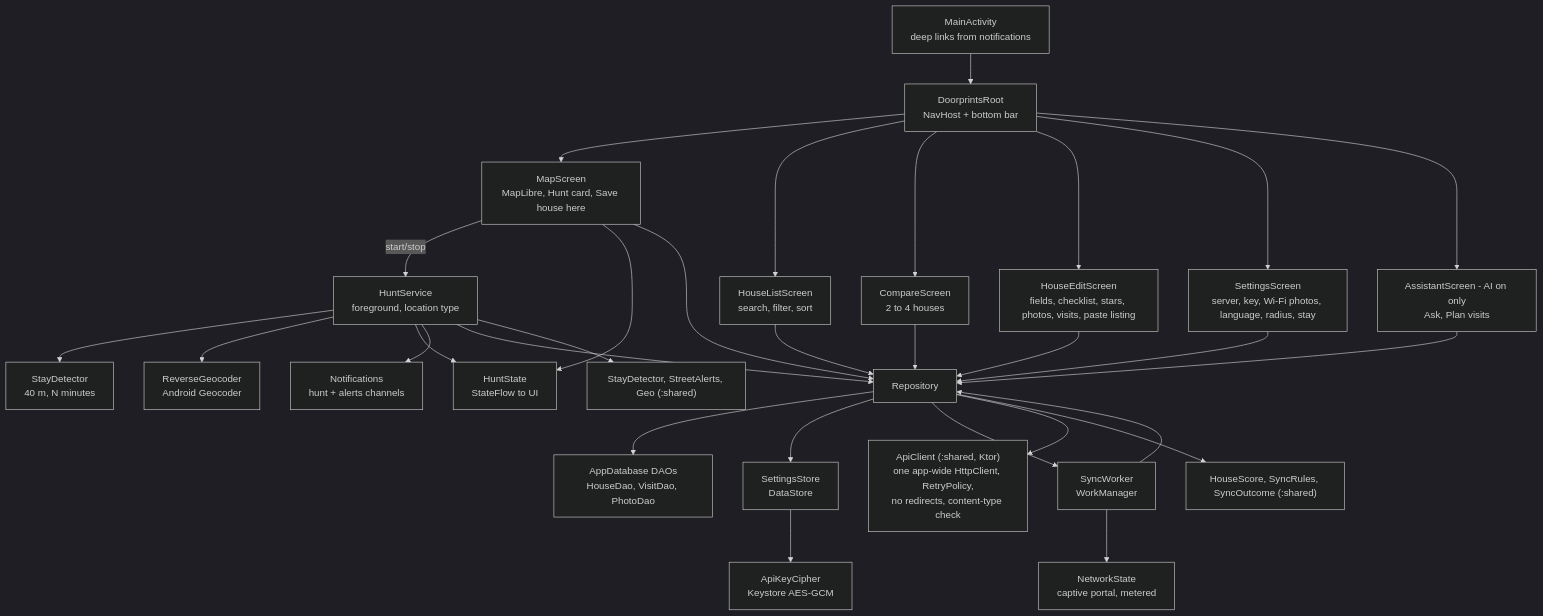
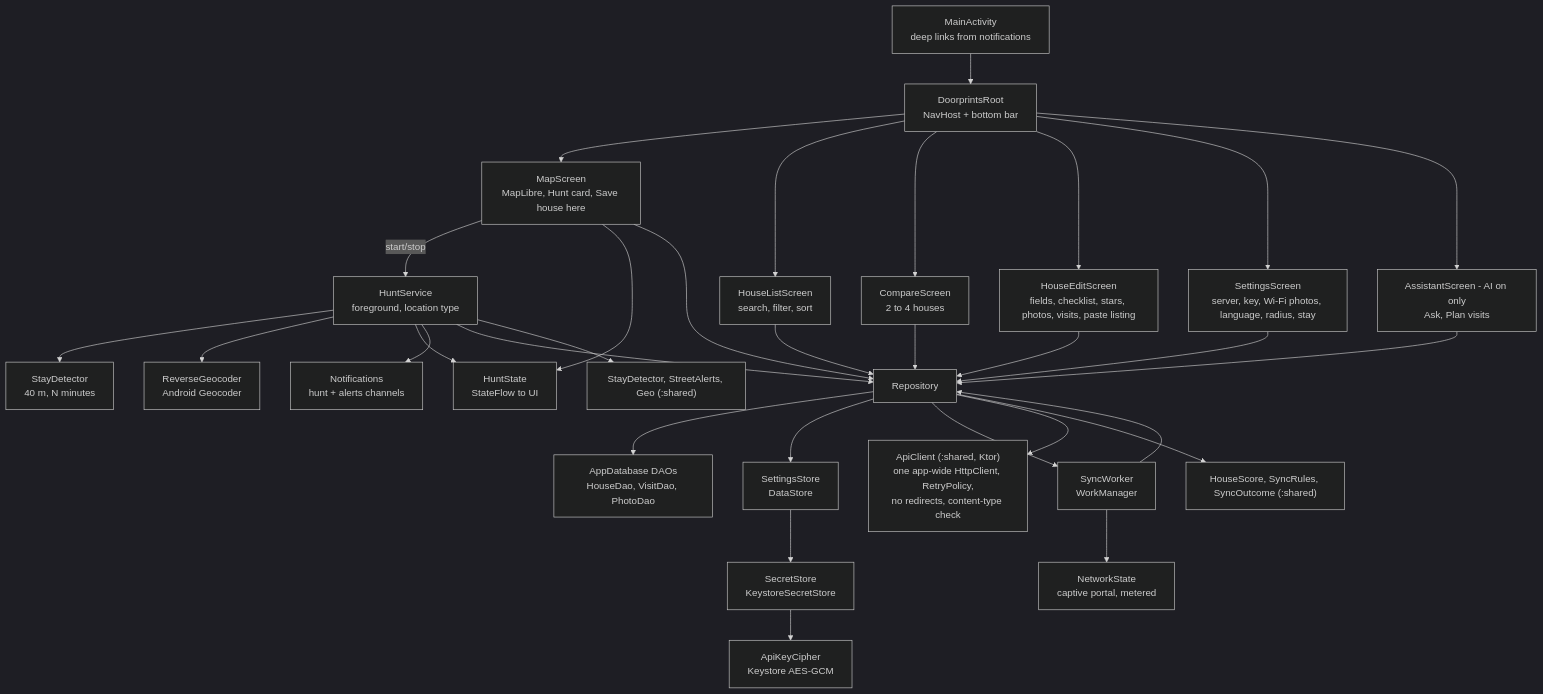
Before and after one commit to Sriram-Codes-SW/doorprints: the fourth of 17 diagrams in docs/03-design.md, drawn with Mermaid (dark theme). The commit also changed other lines of this file and 12 other files, not shown here.

````diff
--- a/docs/03-design.md
+++ b/docs/03-design.md
@@ -170,32 +170,33 @@
 ```mermaid
 flowchart TB
     ma["MainActivity<br/>deep links from notifications"] --> root["DoorprintsRoot<br/>NavHost + bottom bar"]
     root --> map["MapScreen<br/>MapLibre, Hunt card, Save house here"]
     root --> list["HouseListScreen<br/>search, filter, sort"]
     root --> cmp["CompareScreen<br/>2 to 4 houses"]
     root --> edit["HouseEditScreen<br/>fields, checklist, stars, photos, visits, paste listing"]
     root --> set["SettingsScreen<br/>server, key, Wi-Fi photos, language, radius, stay"]
     root --> asst["AssistantScreen - AI on only<br/>Ask, Plan visits"]
     asst --> repo
     map -->|"start/stop"| hunt["HuntService<br/>foreground, location type"]
     hunt --> sd["StayDetector<br/>40 m, N minutes"]
     hunt --> rg["ReverseGeocoder<br/>Android Geocoder"]
     hunt --> hs["HuntState<br/>StateFlow to UI"]
     hunt --> nt["Notifications<br/>hunt + alerts channels"]
     map --> hs
     map --> repo
     list --> repo
     cmp --> repo
     edit --> repo
     set --> repo
     hunt --> repo["Repository"]
     repo --> dao["AppDatabase DAOs<br/>HouseDao, VisitDao, PhotoDao"]
     repo --> st["SettingsStore<br/>DataStore"]
     repo --> sw["SyncWorker<br/>WorkManager"]
     sw --> repo
     repo --> api["ApiClient (:shared, Ktor)<br/>one app-wide HttpClient, RetryPolicy,<br/>no redirects, content-type check"]
     hunt --> shl["StayDetector, StreetAlerts, Geo (:shared)"]
     repo --> shm["HouseScore, SyncRules, SyncOutcome (:shared)"]
     sw --> net["NetworkState<br/>captive portal, metered"]
-    st --> kc["ApiKeyCipher<br/>Keystore AES-GCM"]
+    st --> ss["SecretStore<br/>KeystoreSecretStore"]
+    ss --> kc["ApiKeyCipher<br/>Keystore AES-GCM"]
 ```
````
